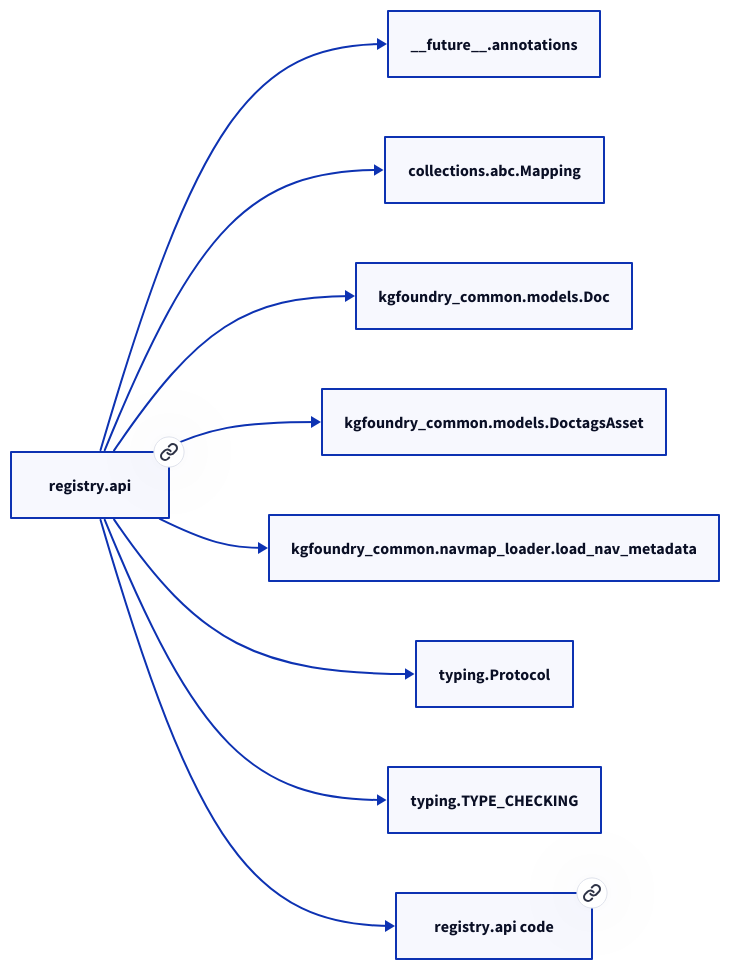
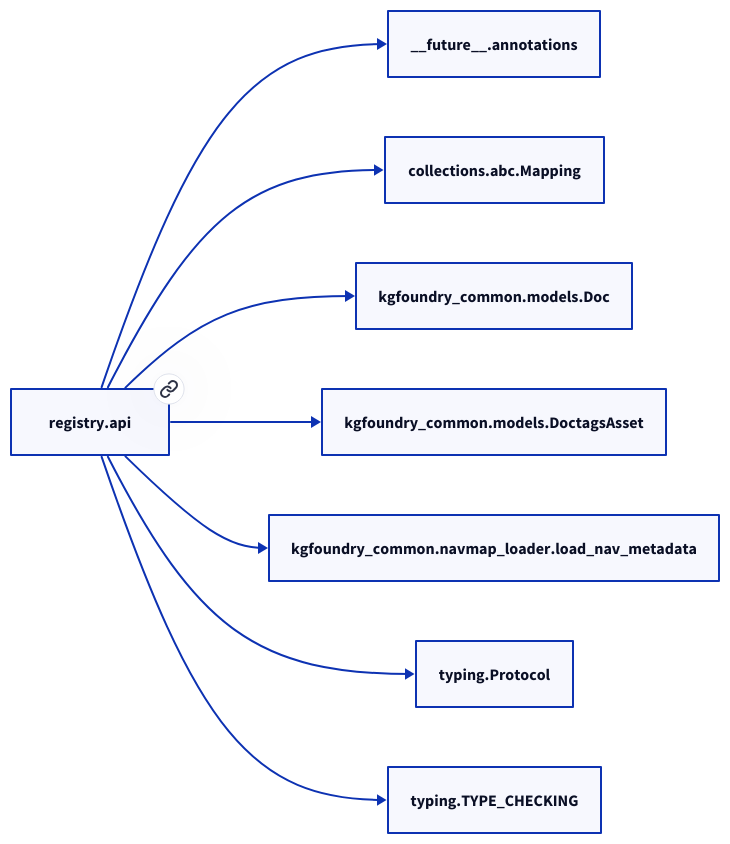
The second of 2 diagrams in docs/modules/registry/api.md (paul-heyse/kgforge), drawn with D2 before and after one commit. The commit also changed other lines of this file and 118 other files, not shown here.

````diff
--- a/docs/modules/registry/api.md
+++ b/docs/modules/registry/api.md
@@ -38,20 +36,18 @@
 ```d2
 direction: right
-"registry.api": "registry.api" { link: "./registry/api.md" }
+"registry.api": "registry.api" { link: "api.md" }
 "__future__.annotations": "__future__.annotations"
 "registry.api" -> "__future__.annotations"
 "collections.abc.Mapping": "collections.abc.Mapping"
 "registry.api" -> "collections.abc.Mapping"
 "kgfoundry_common.models.Doc": "kgfoundry_common.models.Doc"
 "registry.api" -> "kgfoundry_common.models.Doc"
 "kgfoundry_common.models.DoctagsAsset": "kgfoundry_common.models.DoctagsAsset"
 "registry.api" -> "kgfoundry_common.models.DoctagsAsset"
 "kgfoundry_common.navmap_loader.load_nav_metadata": "kgfoundry_common.navmap_loader.load_nav_metadata"
 "registry.api" -> "kgfoundry_common.navmap_loader.load_nav_metadata"
 "typing.Protocol": "typing.Protocol"
 "registry.api" -> "typing.Protocol"
 "typing.TYPE_CHECKING": "typing.TYPE_CHECKING"
 "registry.api" -> "typing.TYPE_CHECKING"
-"registry.api_code": "registry.api code" { link: "https://github.com/kgfoundry/kgfoundry/blob/main/src/registry/api.py" }
-"registry.api" -> "registry.api_code" { style: dashed }
 ```
````
